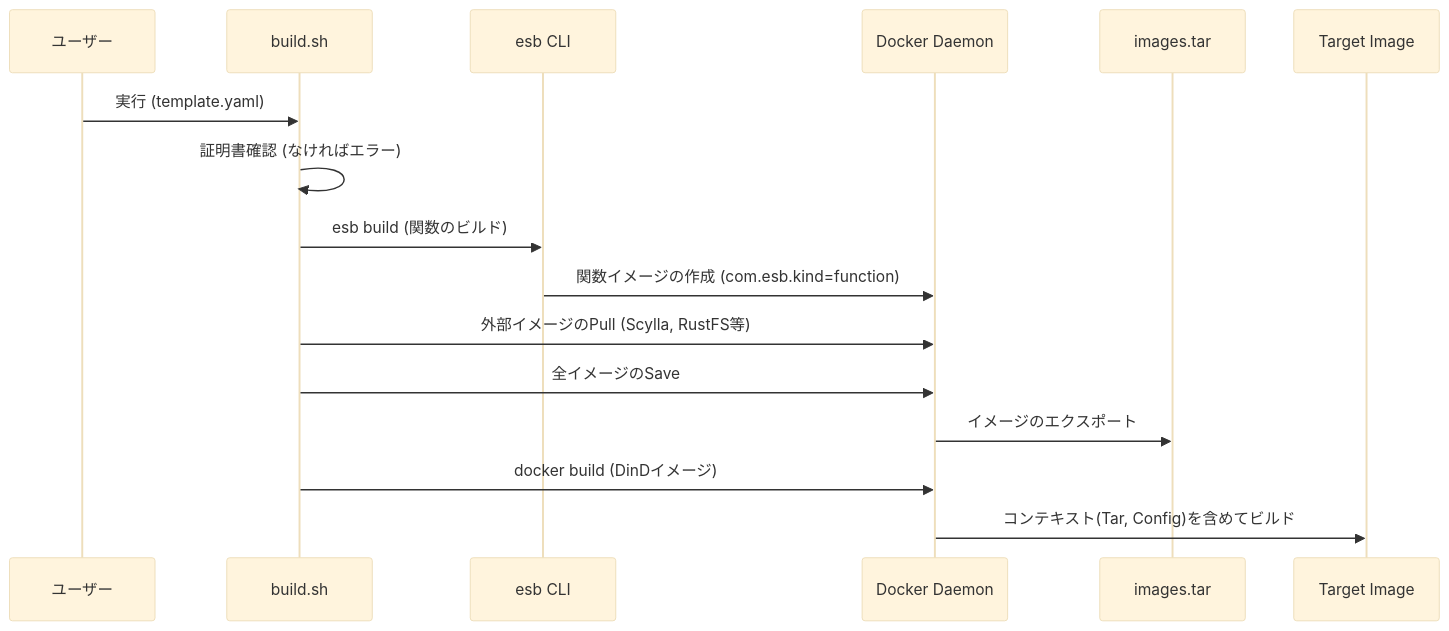
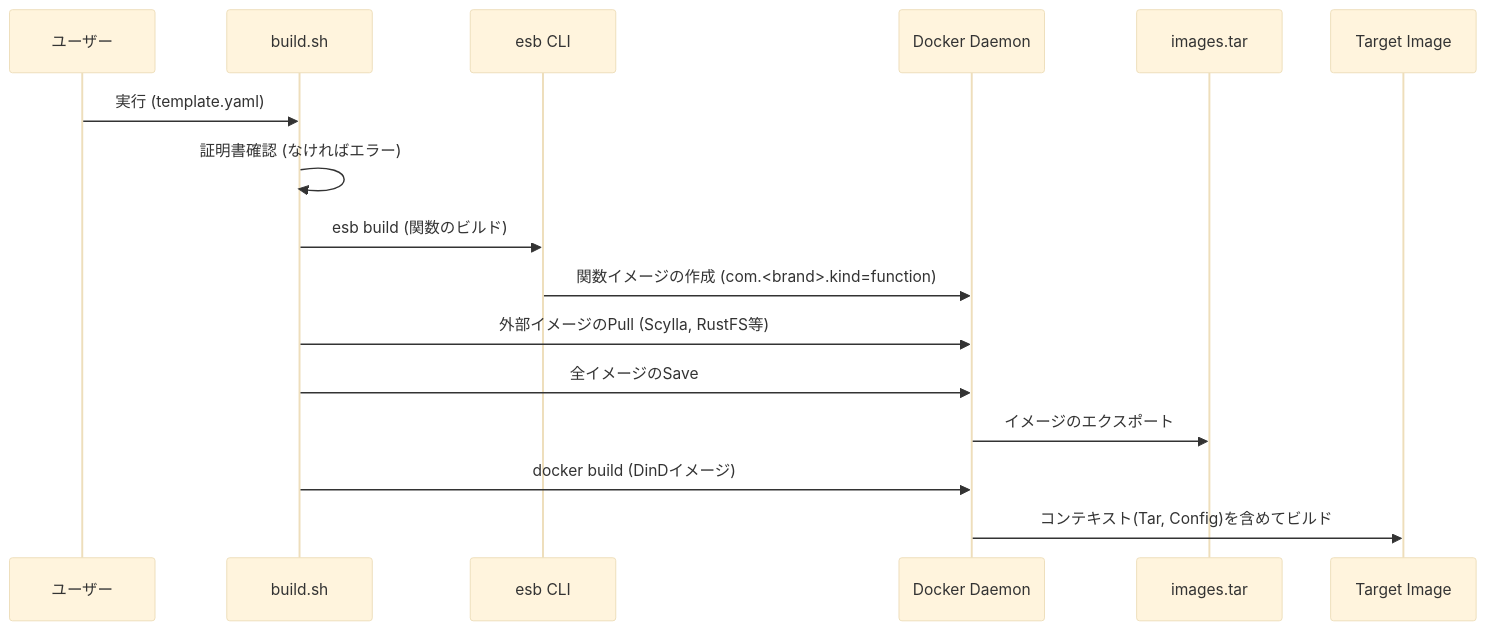
Before and after one commit to poruru-code/esb: the first of 2 diagrams in tools/dind-bundler/README.md, drawn with Mermaid (base theme). The commit also changed 36 other files, not shown here.

Commit message:
CLI: use repo-scoped .<brand> paths

````diff
--- a/tools/dind-bundler/README.md
+++ b/tools/dind-bundler/README.md
@@ -59,19 +59,19 @@
 ```mermaid
 sequenceDiagram
     participant User as ユーザー
     participant Script as build.sh
     participant CLI as esb CLI
     participant Docker as Docker Daemon
     participant Tar as images.tar
     participant Image as Target Image
 
     User->>Script: 実行 (template.yaml)
     Script->>Script: 証明書確認 (なければエラー)
     Script->>CLI: esb build (関数のビルド)
-    CLI->>Docker: 関数イメージの作成 (com.esb.kind=function)
+    CLI->>Docker: 関数イメージの作成 (com.<brand>.kind=function)
     Script->>Docker: 外部イメージのPull (Scylla, RustFS等)
     Script->>Docker: 全イメージのSave
     Docker->>Tar: イメージのエクスポート
     Script->>Docker: docker build (DinDイメージ)
     Docker->>Image: コンテキスト(Tar, Config)を含めてビルド
 ```
````
